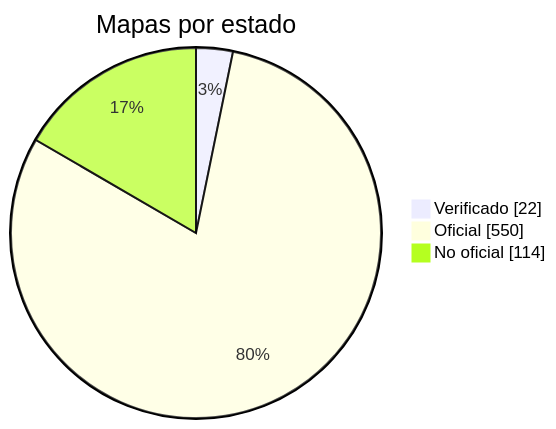
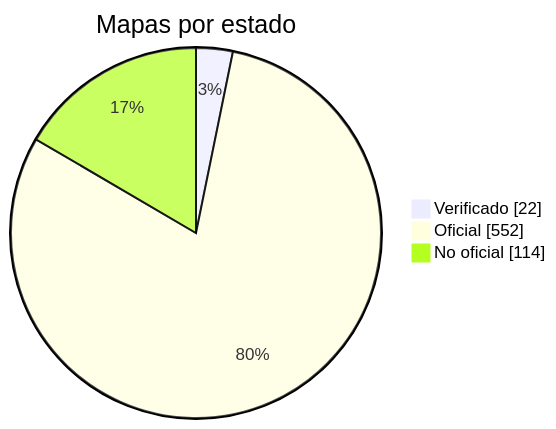
The diagram in docs/readme/README_ES.md (nobrega8/mbmap-library), drawn with Mermaid before and after one commit. The commit also changed 7 other files, not shown here.

````diff
--- a/docs/readme/README_ES.md
+++ b/docs/readme/README_ES.md
@@ -54,7 +54,7 @@
 ```mermaid
 pie showData
     title Mapas por estado
     "Verificado" : 22
-    "Oficial" : 550
+    "Oficial" : 552
     "No oficial" : 114
 ```
````
